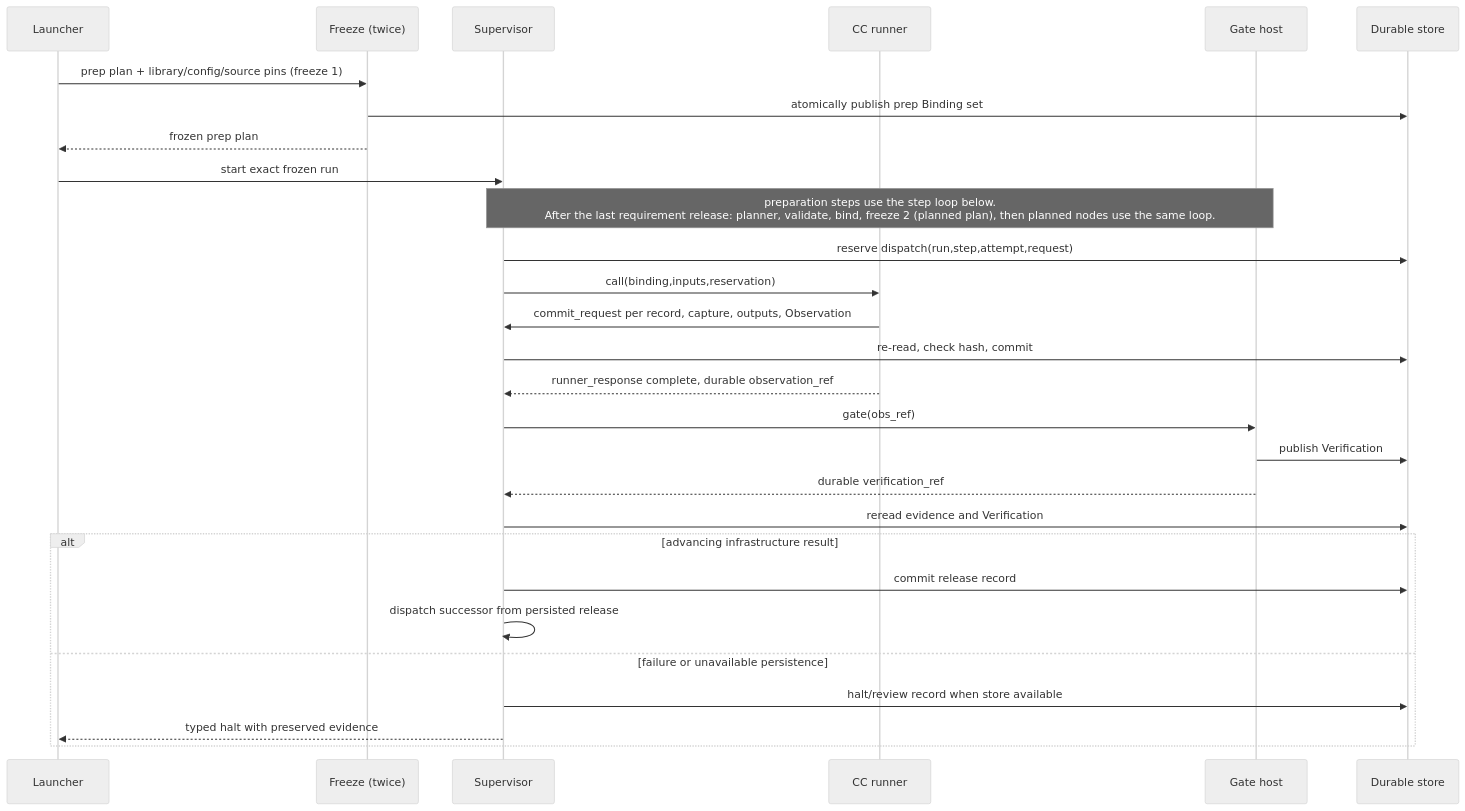
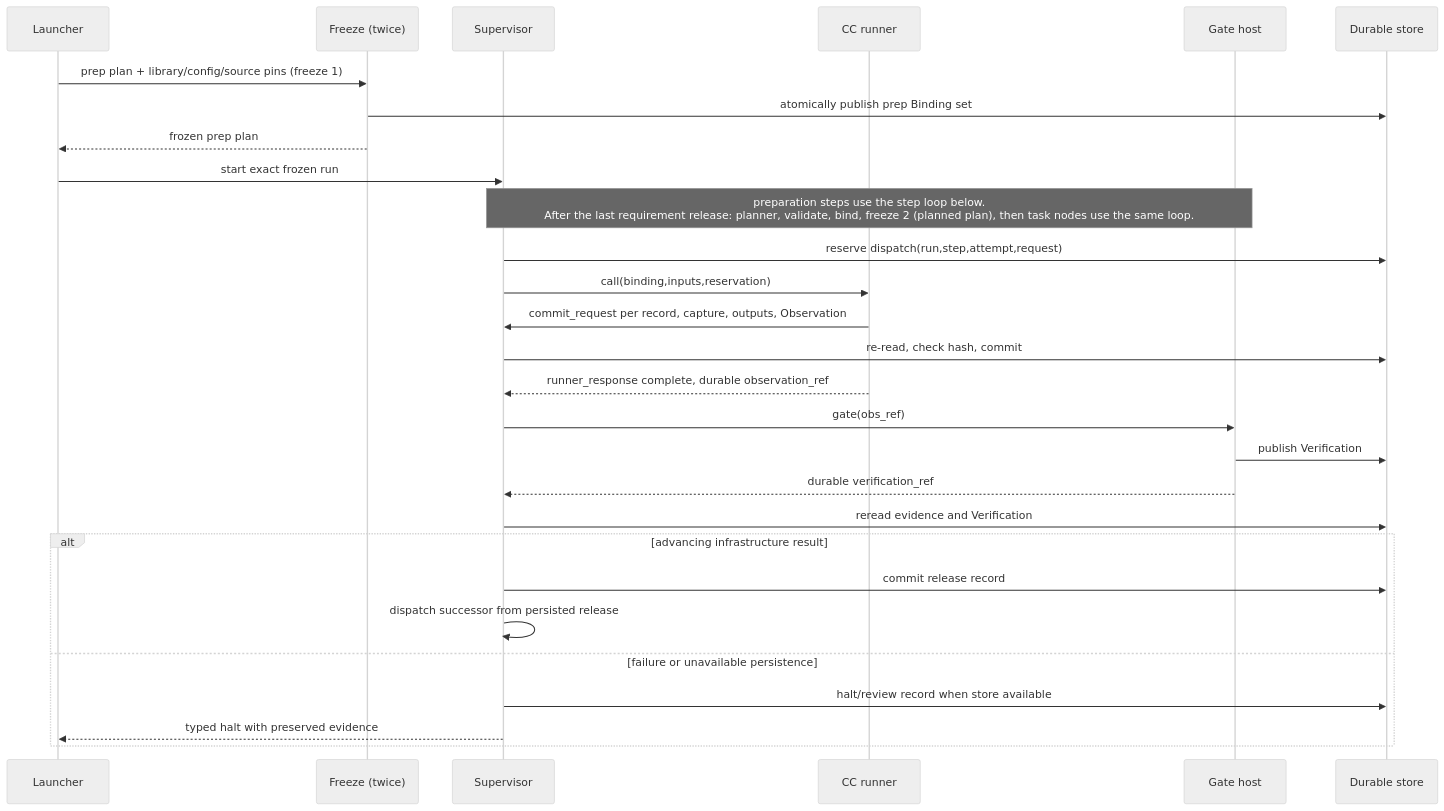
Before and after one commit to Stellven/jiuwenswarm: the diagram in docs/architecture/system/nodes.md, drawn with Mermaid (neutral theme). The commit also changed other lines of this file and 36 other files, not shown here.

Commit message:
Preserve architecture library before intent-led simplification

````diff
--- a/docs/architecture/system/nodes.md
+++ b/docs/architecture/system/nodes.md
@@ -64,30 +74,30 @@
 ```mermaid
 sequenceDiagram
     participant L as Launcher
     participant F as Freeze (twice)
     participant S as Supervisor
     participant R as CC runner
     participant G as Gate host
     participant D as Durable store
     L->>F: prep plan + library/config/source pins (freeze 1)
     F->>D: atomically publish prep Binding set
     F-->>L: frozen prep plan
     L->>S: start exact frozen run
-    Note over S,G: preparation steps use the step loop below.<br/>After the last requirement release: planner, validate, bind, freeze 2 (planned plan), then planned nodes use the same loop.
+    Note over S,G: preparation steps use the step loop below.<br/>After the last requirement release: planner, validate, bind, freeze 2 (planned plan), then task nodes use the same loop.
     S->>D: reserve dispatch(run,step,attempt,request)
     S->>R: call(binding,inputs,reservation)
     R->>S: commit_request per record, capture, outputs, Observation
     S->>D: re-read, check hash, commit
     R-->>S: runner_response complete, durable observation_ref
     S->>G: gate(obs_ref)
     G->>D: publish Verification
     G-->>S: durable verification_ref
     S->>D: reread evidence and Verification
     alt advancing infrastructure result
         S->>D: commit release record
         S->>S: dispatch successor from persisted release
     else failure or unavailable persistence
         S->>D: halt/review record when store available
         S-->>L: typed halt with preserved evidence
     end
 ```
````
